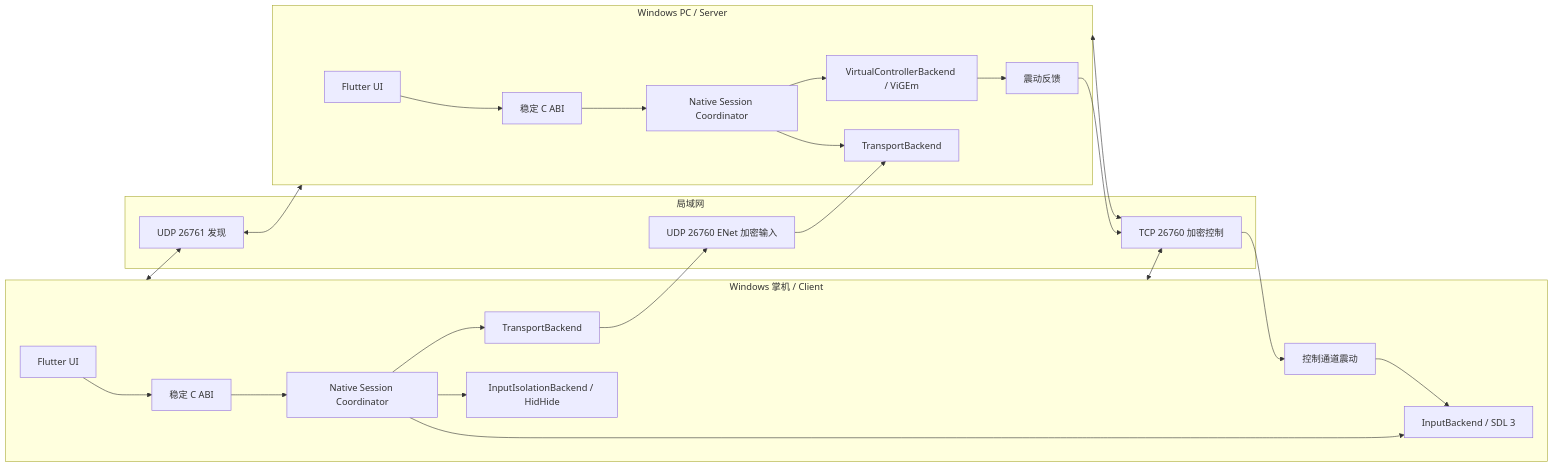
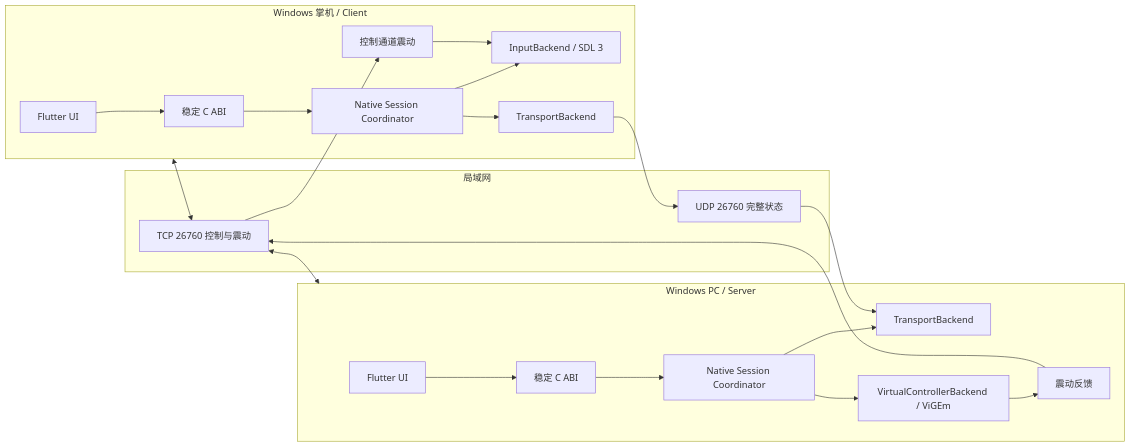
Before and after one commit to Zerolouis/remote-controller: the diagram in docs/PROJECT_KNOWLEDGE.md, drawn with Mermaid. The commit also changed other lines of this file and 19 other files, not shown here.

````diff
--- a/docs/PROJECT_KNOWLEDGE.md
+++ b/docs/PROJECT_KNOWLEDGE.md
@@ -26,30 +26,27 @@
 ```mermaid
 flowchart LR
   subgraph Handheld["Windows 掌机 / Client"]
     UI1["Flutter UI"] --> FFI1["稳定 C ABI"]
     FFI1 --> Session1["Native Session Coordinator"]
     Session1 --> Input["InputBackend / SDL 3"]
-    Session1 --> Isolation["InputIsolationBackend / HidHide"]
     Session1 --> Tx["TransportBackend"]
     RxRumble["控制通道震动"] --> Input
   end
 
   subgraph Network["局域网"]
-    Discovery["UDP 26761 发现"]
-    Control["TCP 26760 加密控制"]
-    InputWire["UDP 26760 ENet 加密输入"]
+    Control["TCP 26760 控制与震动"]
+    InputWire["UDP 26760 完整状态"]
   end
 
   subgraph PC["Windows PC / Server"]
     UI2["Flutter UI"] --> FFI2["稳定 C ABI"]
     FFI2 --> Session2["Native Session Coordinator"]
     Session2 --> Rx["TransportBackend"]
     Session2 --> Virtual["VirtualControllerBackend / ViGEm"]
     Virtual --> Rumble["震动反馈"]
   end
 
   Tx --> InputWire --> Rx
-  Handheld <--> Discovery <--> PC
   Handheld <--> Control <--> PC
   Rumble --> Control --> RxRumble
 ```
````
